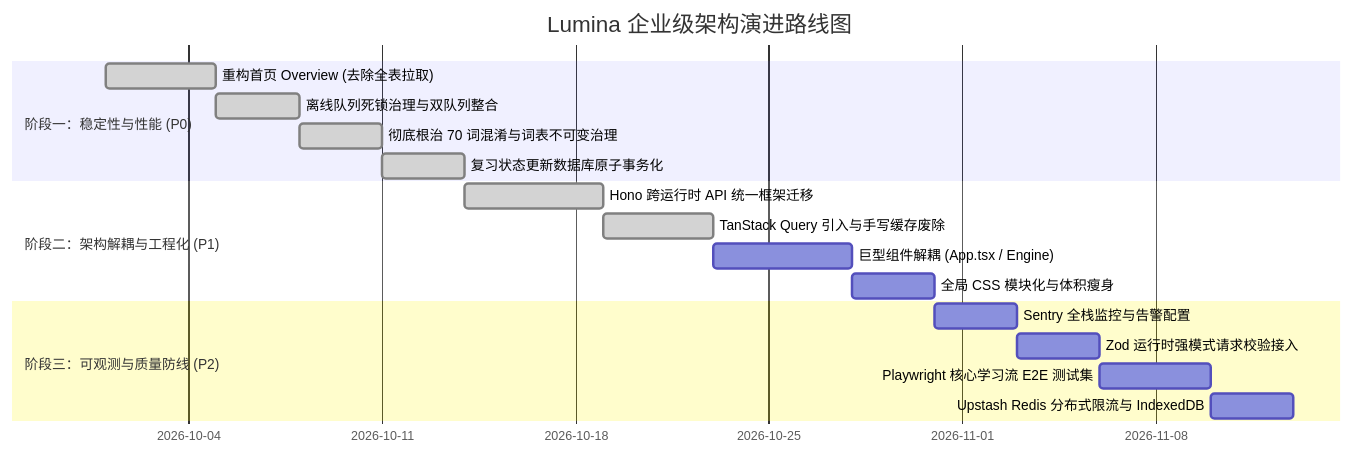
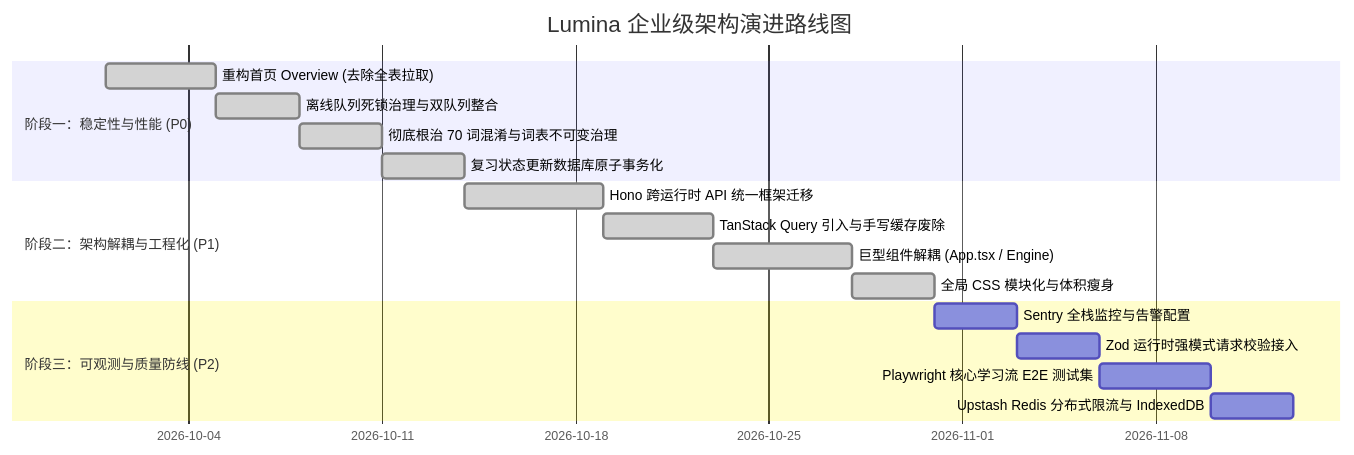
Before and after one commit to ZhangJunQiu-Alan/Lumina: the diagram in docs/enterprise-refactoring-roadmap.md, drawn with Mermaid. The commit also changed other lines of this file, not shown here.

Commit message:
docs: record completion of Task 2.4 and Stage 2 in roadmap

````diff
--- a/docs/enterprise-refactoring-roadmap.md
+++ b/docs/enterprise-refactoring-roadmap.md
@@ -561,22 +574,22 @@
 ```mermaid
 gantt
     title Lumina 企业级架构演进路线图
     dateFormat  YYYY-MM-DD
     section 阶段一：稳定性与性能 (P0)
     重构首页 Overview (去除全表拉取)     :done, p1_1, 2026-10-01, 4d
     离线队列死锁治理与双队列整合        :done, p1_2, 2026-10-05, 3d
     彻底根治 70 词混淆与词表不可变治理  :done, p1_3, 2026-10-08, 3d
     复习状态更新数据库原子事务化        :done, p1_4, 2026-10-11, 3d
     
     section 阶段二：架构解耦与工程化 (P1)
     Hono 跨运行时 API 统一框架迁移      :done, p2_1, 2026-10-14, 5d
     TanStack Query 引入与手写缓存废除   :done, p2_2, 2026-10-19, 4d
-    巨型组件解耦 (App.tsx / Engine)    :p2_3, 2026-10-23, 5d
-    全局 CSS 模块化与体积瘦身          :p2_4, 2026-10-28, 3d
+    巨型组件解耦 (App.tsx / Engine)    :done, p2_3, 2026-10-23, 5d
+    全局 CSS 模块化与体积瘦身          :done, p2_4, 2026-10-28, 3d
 
     section 阶段三：可观测与质量防线 (P2)
     Sentry 全栈监控与告警配置          :p3_1, 2026-10-31, 3d
     Zod 运行时强模式请求校验接入        :p3_2, 2026-11-03, 3d
     Playwright 核心学习流 E2E 测试集    :p3_3, 2026-11-06, 4d
     Upstash Redis 分布式限流与 IndexedDB:p3_4, 2026-11-10, 3d
 ```
````
